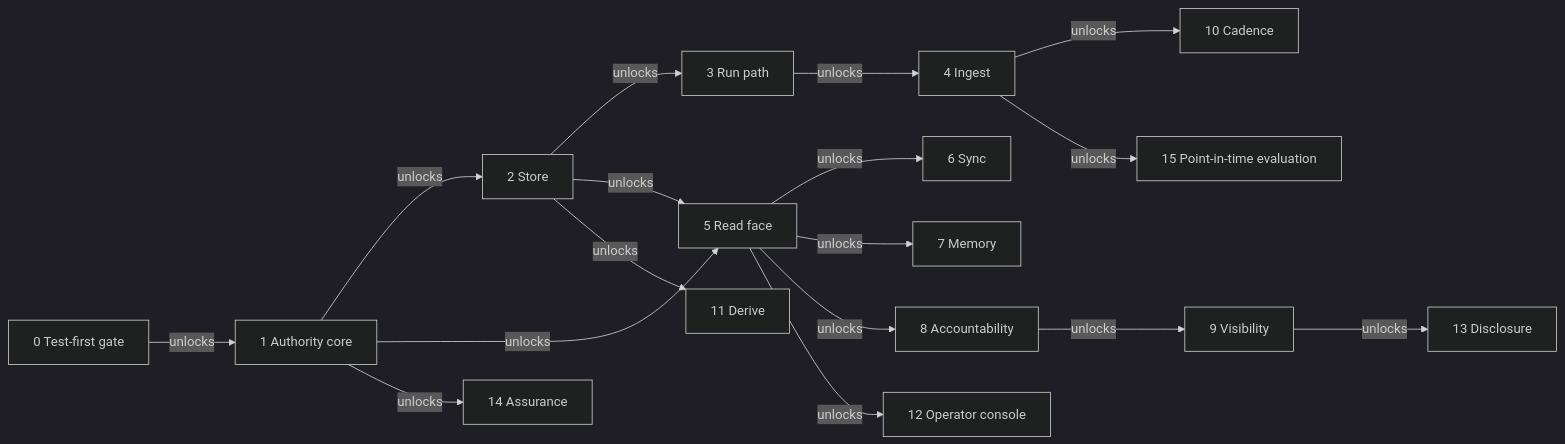
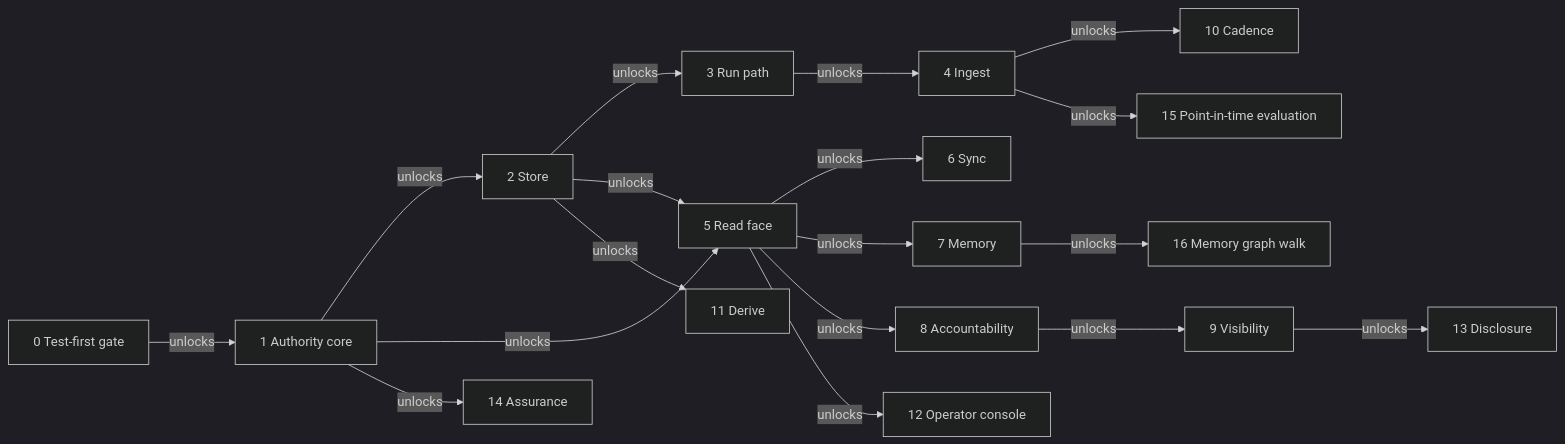
One commit to fractalboxdev/contextful changed the diagram in spec/roadmap.md. Above: the diagram before and after it, drawn with Mermaid (dark theme). The commit also changed other lines of this file and 6 other files, not shown here.

Commit message:
read: walk admitted memory edges under fixed hop, fan-out and frontier bounds

````diff
--- a/spec/roadmap.md
+++ b/spec/roadmap.md
@@ -17,19 +17,20 @@
 ```mermaid
 flowchart LR
   Z[0 Test-first gate] -->|unlocks| A
   A[1 Authority core] -->|unlocks| B[2 Store]
   B -->|unlocks| C[3 Run path]
   C -->|unlocks| D[4 Ingest]
   B -->|unlocks| E[5 Read face]
   A -->|unlocks| E
   E -->|unlocks| F[6 Sync]
   E -->|unlocks| G[7 Memory]
   E -->|unlocks| H[8 Accountability]
   H -->|unlocks| I[9 Visibility]
   D -->|unlocks| J[10 Cadence]
   B -->|unlocks| K[11 Derive]
   E -->|unlocks| L[12 Operator console]
   I -->|unlocks| M[13 Disclosure]
   A -->|unlocks| N[14 Assurance]
   D -->|unlocks| O[15 Point-in-time evaluation]
+  G -->|unlocks| P[16 Memory graph walk]
 ```
````
